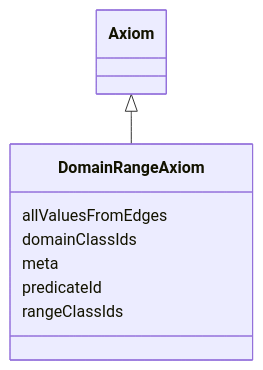
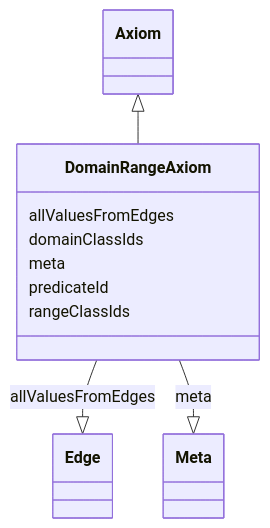
One commit to cthoyt/ontology-access-kit changed the diagram in obograph/DomainRangeAxiom.md. Above: the diagram before and after it, drawn with Mermaid. The commit also changed other lines of this file and 3287 other files, not shown here.

````diff
--- a/obograph/DomainRangeAxiom.md
+++ b/obograph/DomainRangeAxiom.md
@@ -11,12 +14,21 @@
 ```{mermaid}
  classDiagram
     class DomainRangeAxiom
       Axiom <|-- DomainRangeAxiom
       
       DomainRangeAxiom : allValuesFromEdges
+        
+          DomainRangeAxiom --|> Edge : allValuesFromEdges
+        
       DomainRangeAxiom : domainClassIds
+        
       DomainRangeAxiom : meta
+        
+          DomainRangeAxiom --|> Meta : meta
+        
       DomainRangeAxiom : predicateId
+        
       DomainRangeAxiom : rangeClassIds
+        
       
 ```
````
